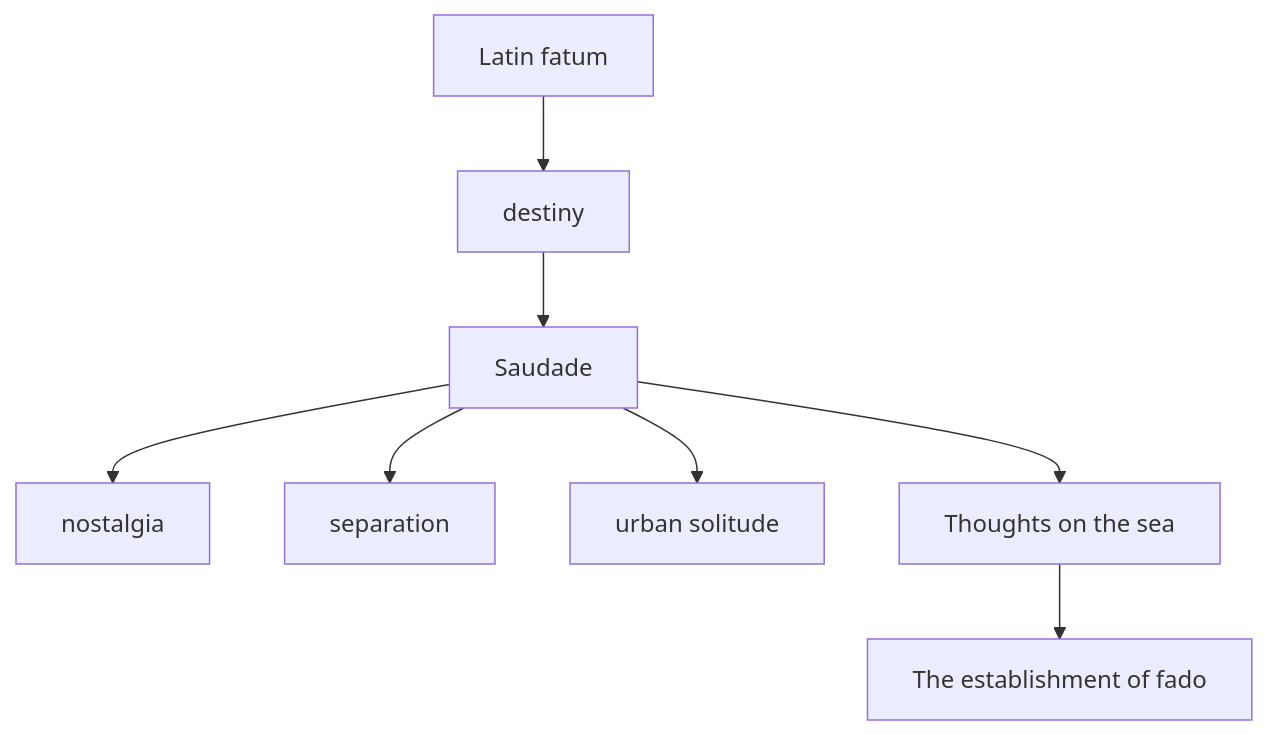
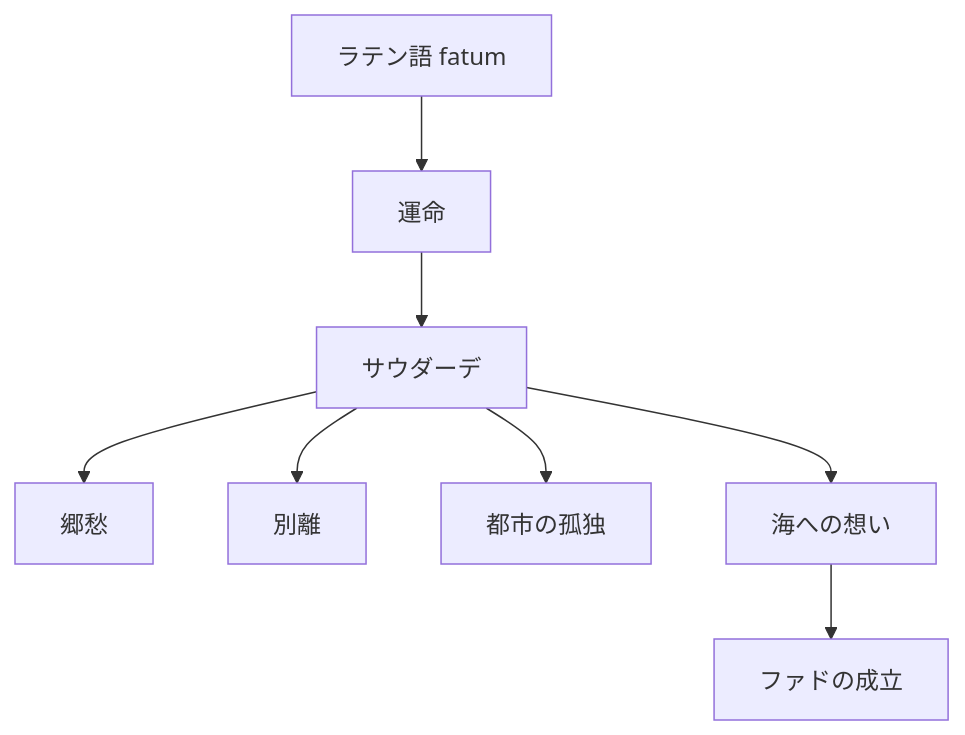
The first of 12 diagrams in en/_posts/2026-05-16-column-fado.md (monumental-movement/monumental-movement.github.io), drawn with Mermaid before and after one commit. The commit also changed other lines of this file and 2196 other files, not shown here.

```diff
--- a/en/_posts/2026-05-16-column-fado.md
+++ b/en/_posts/2026-05-16-column-fado.md
@@ -58,10 +57,10 @@
 <div class="mermaid">
 graph TD
-A[Latin fatum] --> B[destiny]
-B --> C[Saudade]
-C --> D[nostalgia]
-C --> E[separation]
-C --> F[urban solitude]
-C --> G[Thoughts on the sea]
-G --> H[The establishment of fado]
+A[ラテン語 fatum] --> B[運命]
+B --> C[サウダーデ]
+C --> D[郷愁]
+C --> E[別離]
+C --> F[都市の孤独]
+C --> G[海への想い]
+G --> H[ファドの成立]
 </div>
```
